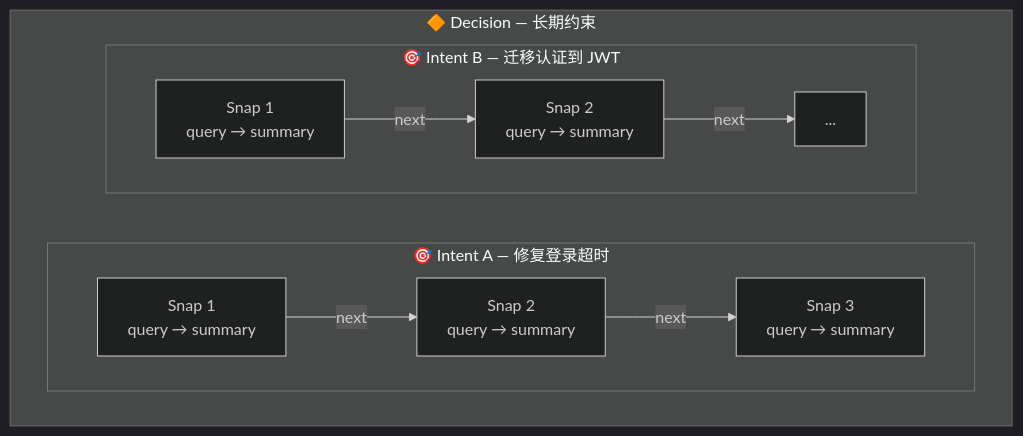
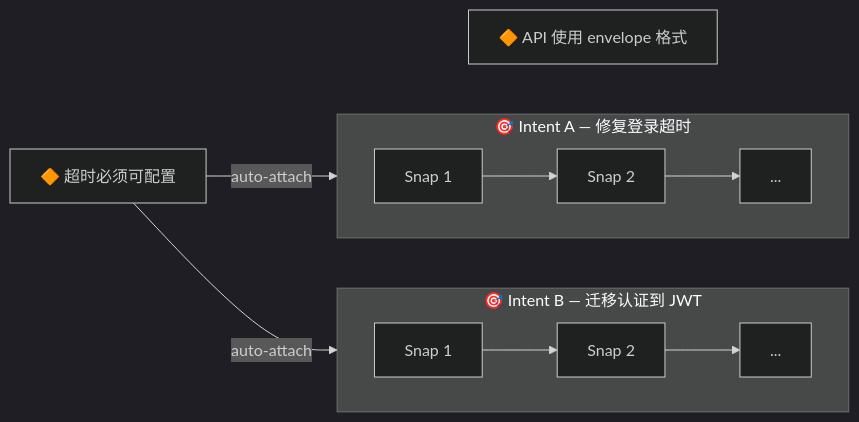
Before and after one commit to dozybot001/Intent: the second of 2 diagrams in README.CN.md, drawn with Mermaid (dark theme). The commit also changed 1 other file, not shown here.

Commit message:
Revert Fig.2 to second version (D1/D2 left, Intents right)

````diff
--- a/README.CN.md
+++ b/README.CN.md
@@ -56,13 +56,19 @@
 ```mermaid
-flowchart TB
-  subgraph Decision["🔶 Decision — 长期约束"]
-    subgraph IntentA["🎯 Intent A — 修复登录超时"]
-      direction LR
-      S1["Snap 1\nquery → summary"] -->|next| S2["Snap 2\nquery → summary"] -->|next| S3["Snap 3\nquery → summary"]
-    end
-    subgraph IntentB["🎯 Intent B — 迁移认证到 JWT"]
-      direction LR
-      S4["Snap 1\nquery → summary"] -->|next| S5["Snap 2\nquery → summary"] -->|next| S6["..."]
-    end
+flowchart LR
+  D1["🔶 超时必须可配置"]
+  D2["🔶 API 使用 envelope 格式"]
+  D1 ~~~ D2
+
+  subgraph IntentA["🎯 Intent A — 修复登录超时"]
+    direction LR
+    S1["Snap 1"] --> S2["Snap 2"] --> S3["..."]
   end
+
+  subgraph IntentB["🎯 Intent B — 迁移认证到 JWT"]
+    direction LR
+    S4["Snap 1"] --> S5["Snap 2"] --> S6["..."]
+  end
+
+  D1 -- auto-attach --> IntentA
+  D1 -- auto-attach --> IntentB
 ```
````
